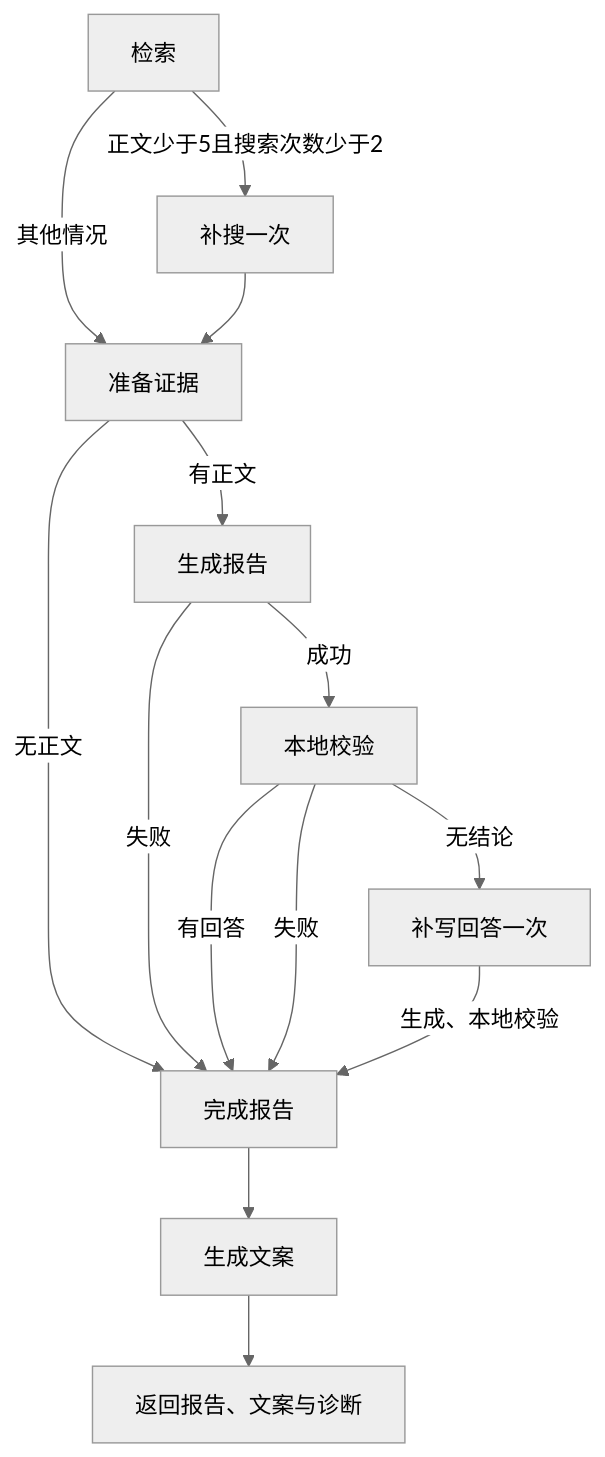
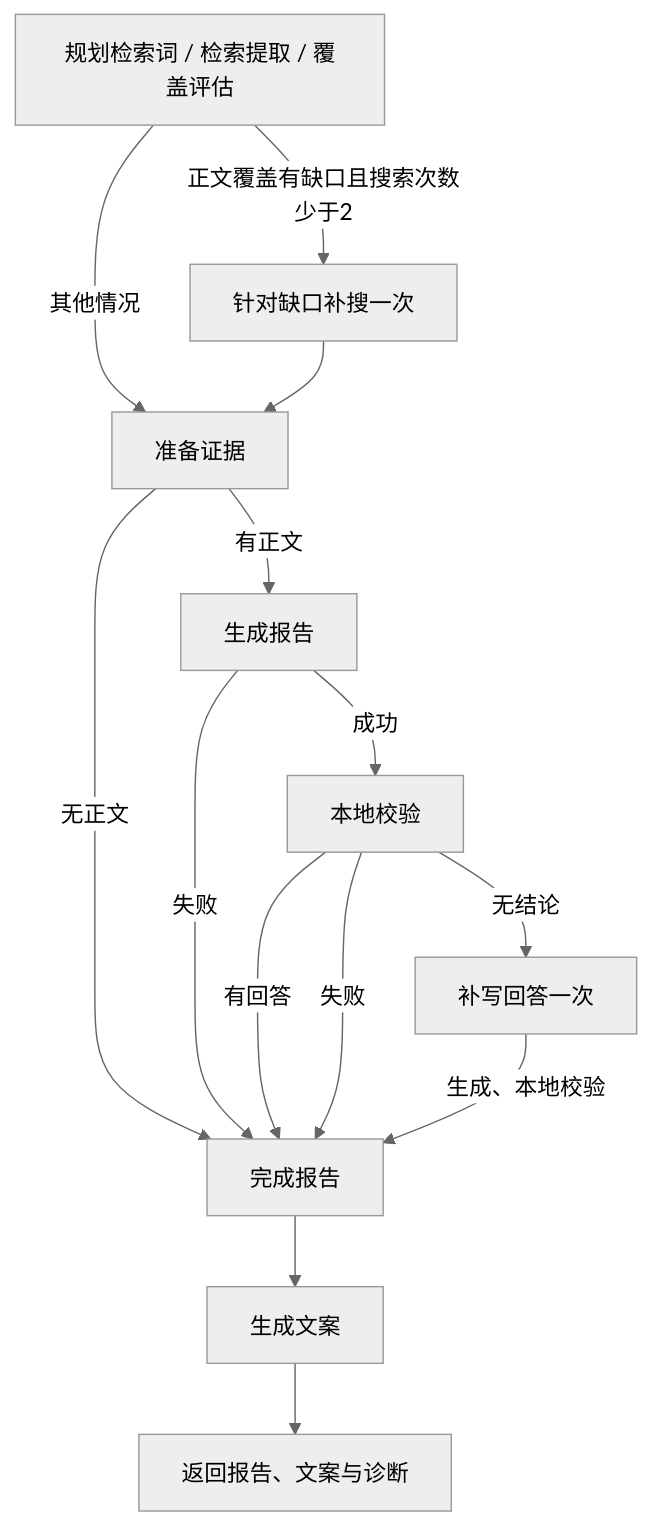
Before and after one commit to plustiti2022-cell/insight-to-post: the second of 2 diagrams in docs/architecture.md, drawn with Mermaid (neutral theme). The commit also changed other lines of this file and 25 other files, not shown here.

````diff
--- a/docs/architecture.md
+++ b/docs/architecture.md
@@ -56,16 +56,16 @@
 ```mermaid
 flowchart TD
-  search[检索] -->|正文少于5且搜索次数少于2| supplement[补搜一次]
+  search[规划检索词 / 检索提取 / 覆盖评估] -->|正文覆盖有缺口且搜索次数少于2| supplement[针对缺口补搜一次]
   search -->|其他情况| evidence[准备证据]
   supplement --> evidence
   evidence -->|有正文| generate[生成报告]
   evidence -->|无正文| complete[完成报告]
   generate -->|成功| validate[本地校验]
   generate -->|失败| complete
   validate -->|有回答| complete
   validate -->|无结论| recover[补写回答一次]
   validate -->|失败| complete
   recover -->|生成、本地校验| complete
   complete --> social[生成文案]
   social --> finish[返回报告、文案与诊断]
 ```
````
